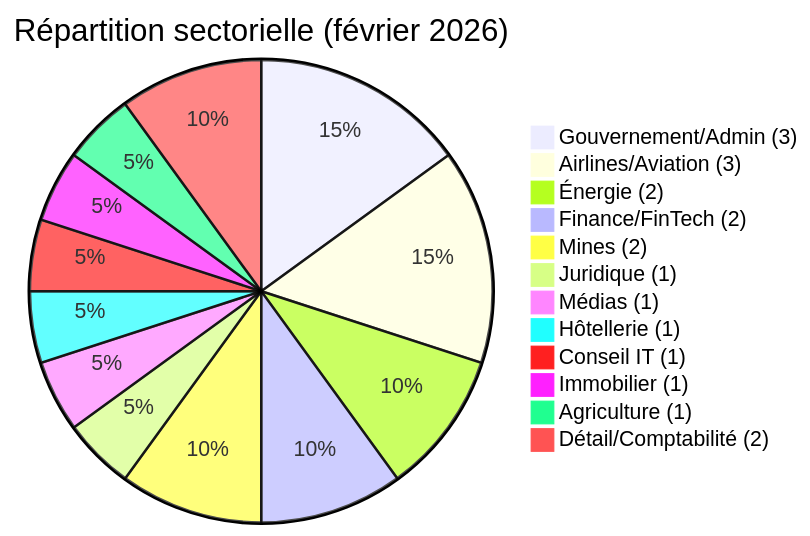
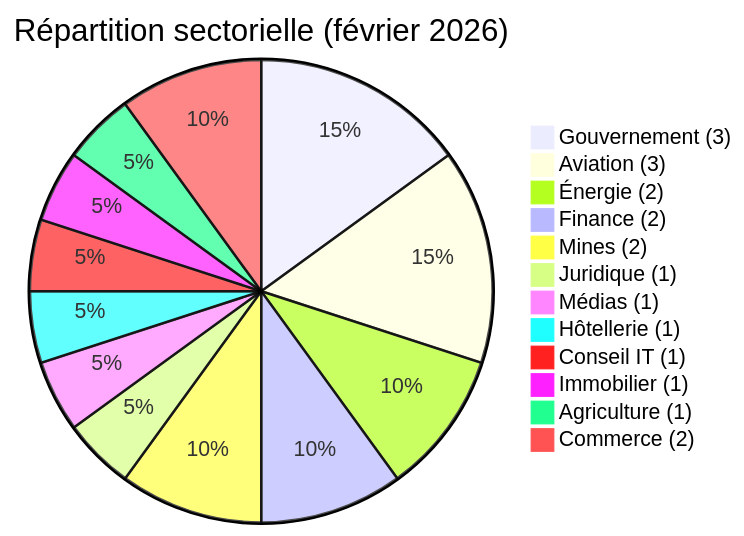
The third of 3 diagrams in CyberAttackAfrica/2026/02-february/README_FR.md (Hatchepsoute/AFRINTEL), drawn with Mermaid before and after one commit. The commit also changed 28 other files, not shown here.

````diff
--- a/CyberAttackAfrica/2026/02-february/README_FR.md
+++ b/CyberAttackAfrica/2026/02-february/README_FR.md
@@ -244,16 +244,16 @@
 ```mermaid
 pie
  title Répartition sectorielle (février 2026)
- "Gouvernement/Admin (3)" : 3
- "Airlines/Aviation (3)" : 3
+ "Gouvernement (3)" : 3
+ "Aviation (3)" : 3
  "Énergie (2)" : 2
- "Finance/FinTech (2)" : 2
+ "Finance (2)" : 2
  "Mines (2)" : 2
  "Juridique (1)" : 1
  "Médias (1)" : 1
  "Hôtellerie (1)" : 1
  "Conseil IT (1)" : 1
  "Immobilier (1)" : 1
  "Agriculture (1)" : 1
- "Détail/Comptabilité (2)" : 2
+ "Commerce (2)" : 2
 ```
````
